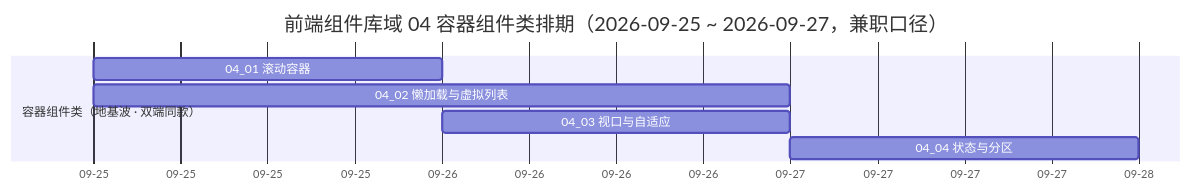
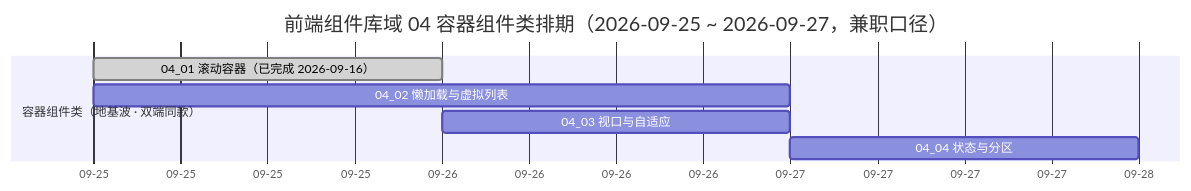
One commit to minjian123/basic-management-system changed the diagram in bms文档/项目/04_前端组件库/计划/01_计划_前端组件库.md. Above: the diagram before and after it, drawn with Mermaid. The commit also changed other lines of this file and 11 other files, not shown here.

````diff
--- a/bms文档/项目/04_前端组件库/计划/01_计划_前端组件库.md
+++ b/bms文档/项目/04_前端组件库/计划/01_计划_前端组件库.md
@@ -97,11 +97,11 @@
 ```mermaid
 gantt
     title 前端组件库域 04 容器组件类排期（2026-09-25 ~ 2026-09-27，兼职口径）
     dateFormat  YYYY-MM-DD
     axisFormat %m-%d
     section 容器组件类（地基波 · 双端同款）
-    04_01 滚动容器 :t0401, 2026-09-25, 1d
+    04_01 滚动容器（已完成 2026-09-16） :done, t0401, 2026-09-25, 1d
     04_02 懒加载与虚拟列表 :t0402, 2026-09-25, 2d
     04_03 视口与自适应 :t0403, 2026-09-26, 1d
     04_04 状态与分区 :t0404, 2026-09-27, 1d
 ```
````
